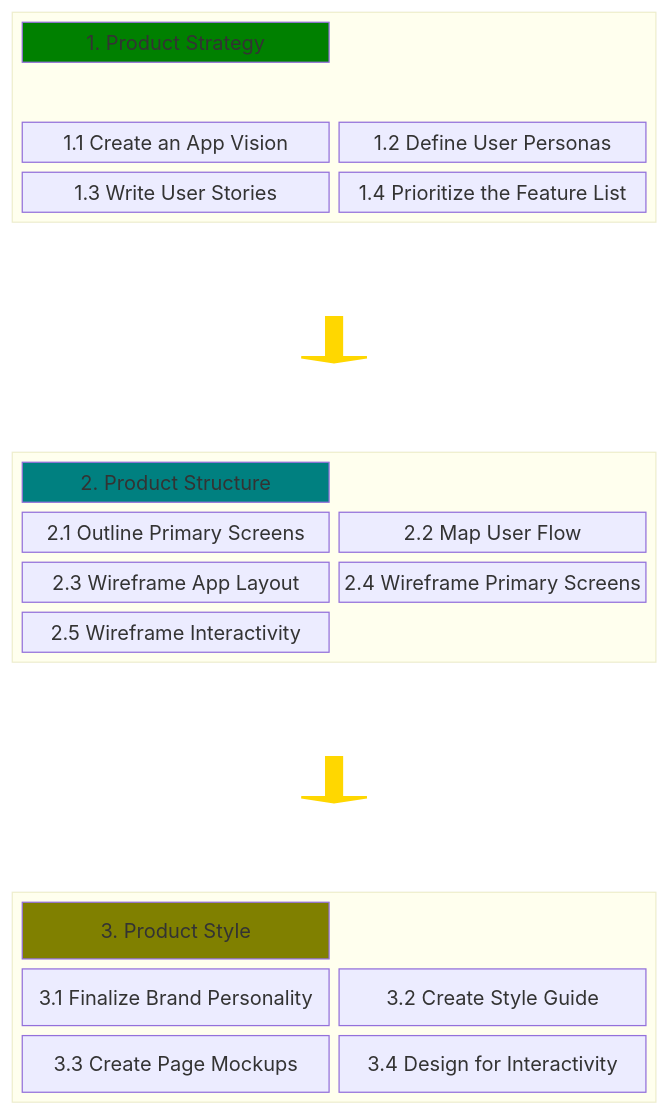
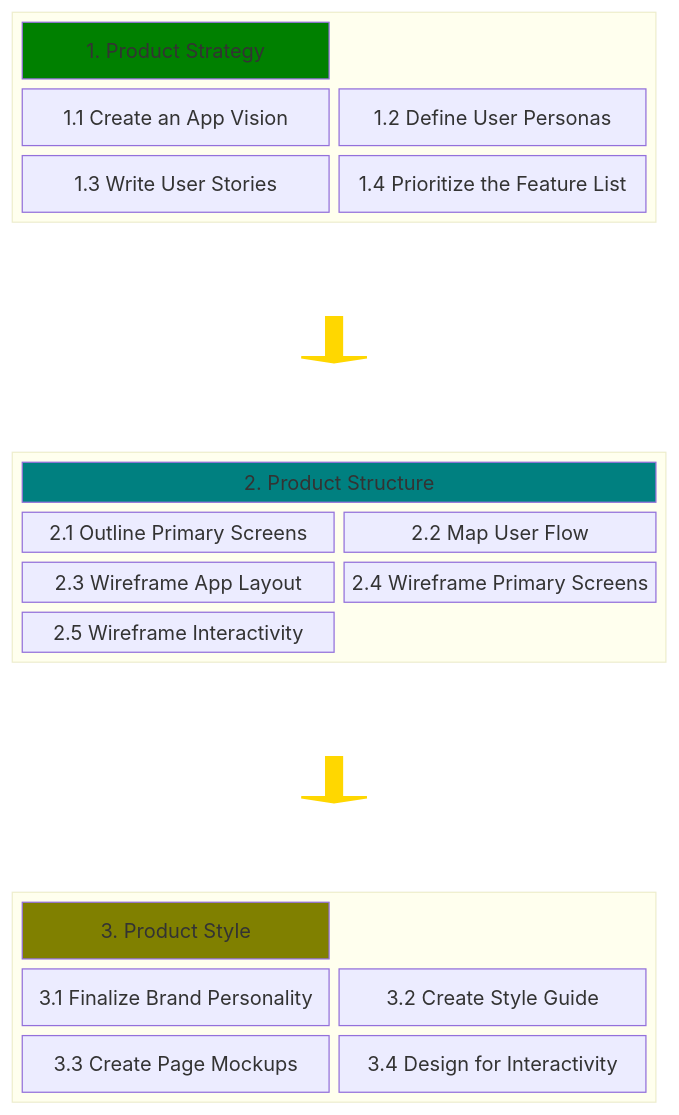
The diagram in docs/resources/techresources/uiux.md (chingu-voyages/Handbook), drawn with Mermaid before and after one commit.

Commit message:
Feature: Add UI/UX workflow process template

````diff
--- a/docs/resources/techresources/uiux.md
+++ b/docs/resources/techresources/uiux.md
@@ -15,41 +15,36 @@
 ```mermaid
 block-beta
 columns 1
   block:STRATEGY
     columns 2
-    A["1. Product Strategy"]
-    space
-    space
-    space
+    A["1. Product Strategy"]:2
     B["1.1 Create an App Vision"]
     C["1.2 Define User Personas"]
     D["1.3 Write User Stories"]
     E["1.4 Prioritize the Feature List"]
   end
   blockArrowA<["&nbsp;"]>(down)
   block:STRUCTURE
     columns 2
-    G["2. Product Structure"]
-    space
+    G["2. Product Structure"]:2
     H["2.1 Outline Primary Screens"]
     I["2.2 Map User Flow"]
     J["2.3 Wireframe App Layout"]
     K["2.4 Wireframe Primary Screens"]
     L["2.5 Wireframe Interactivity"]
   end
   blockArrowB<["&nbsp;"]>(down)
   block:STYLE
     columns 2
-    M["3. Product Style"]
-    space
+    M["3. Product Style"]:2
     N["3.1 Finalize Brand Personality"]
     O["3.2 Create Style Guide"]
     P["3.3 Create Page Mockups"]
     Q["3.4 Design for Interactivity"]
   end
   style A fill:#008000
   style G fill:#008080
   style M fill:#808000
   style blockArrowA fill:#FFD700,stroke:#FFD700,stroke-width:2px
   style blockArrowB fill:#FFD700,stroke:#FFD700,stroke-width:2px
 ```
````
